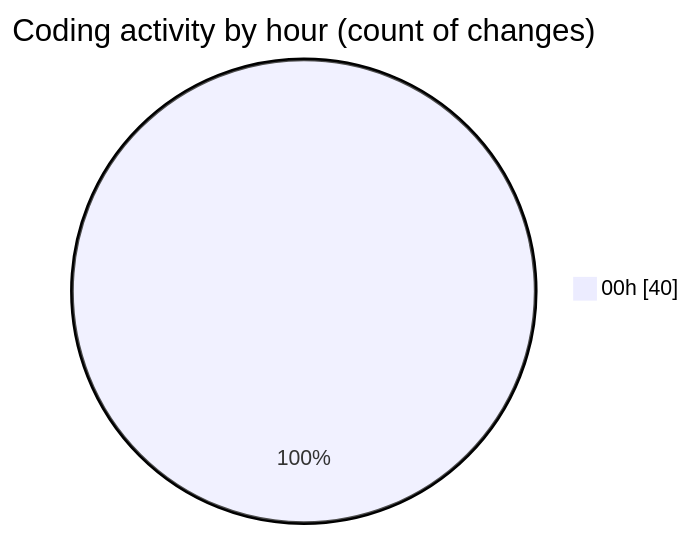
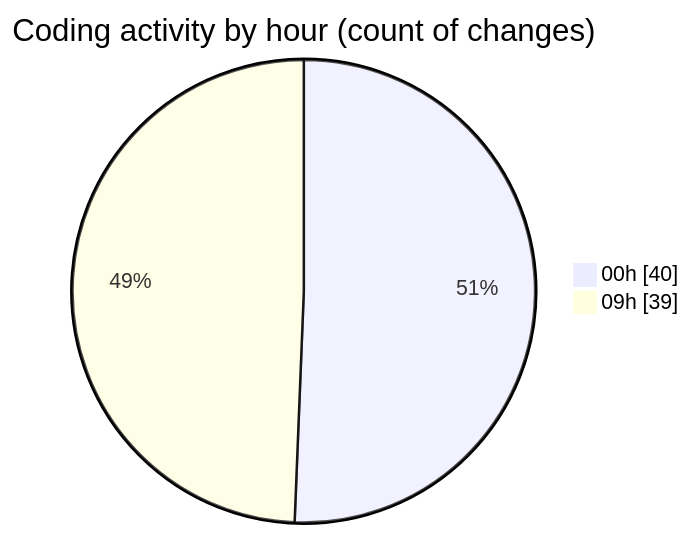
The second of 2 diagrams in 2025-06-18/cda/README.md (momahboobian/code-tracking), drawn with Mermaid before and after one commit. The commit also changed other lines of this file and 1 other file, not shown here.

````diff
--- a/2025-06-18/cda/README.md
+++ b/2025-06-18/cda/README.md
@@ -34,5 +48,6 @@
 ```mermaid
 pie showData
 title Coding activity by hour (count of changes)
 "00h" : 40
+"09h" : 39
 ```
````
